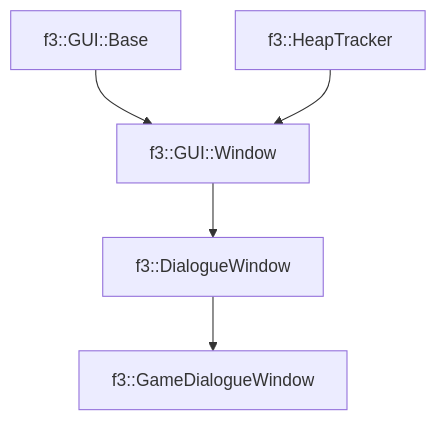
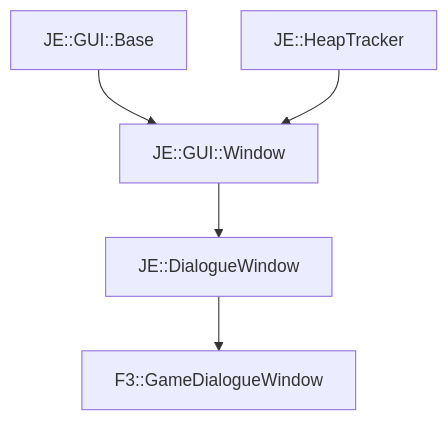
Before and after one commit to OpenJE/openvb: the diagram in docs/f3/GameDialogueWindow.md, drawn with Mermaid. The commit also changed other lines of this file and 1399 other files, not shown here.

````diff
--- a/docs/f3/GameDialogueWindow.md
+++ b/docs/f3/GameDialogueWindow.md
@@ -19,7 +19,7 @@
 ```mermaid
 graph TD;
-    f3::GUI::Base --> f3::GUI::Window
-    f3::HeapTracker --> f3::GUI::Window
-    f3::GUI::Window --> f3::DialogueWindow
-    f3::DialogueWindow --> f3::GameDialogueWindow
+    JE::GUI::Base --> JE::GUI::Window
+    JE::HeapTracker --> JE::GUI::Window
+    JE::GUI::Window --> JE::DialogueWindow
+    JE::DialogueWindow --> F3::GameDialogueWindow
 ```
````
